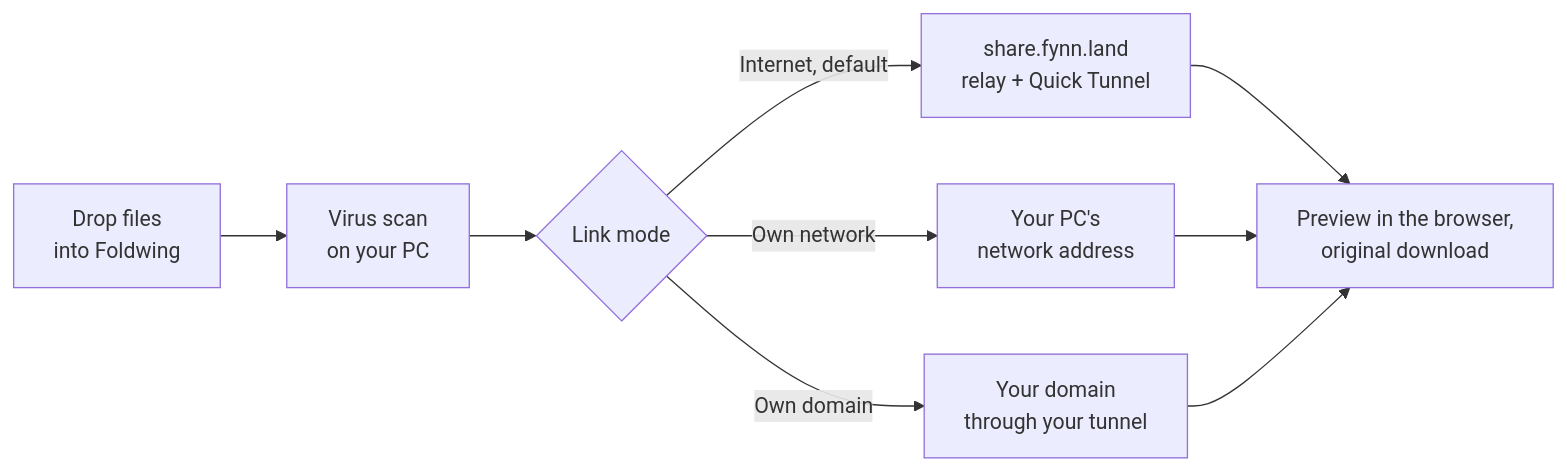
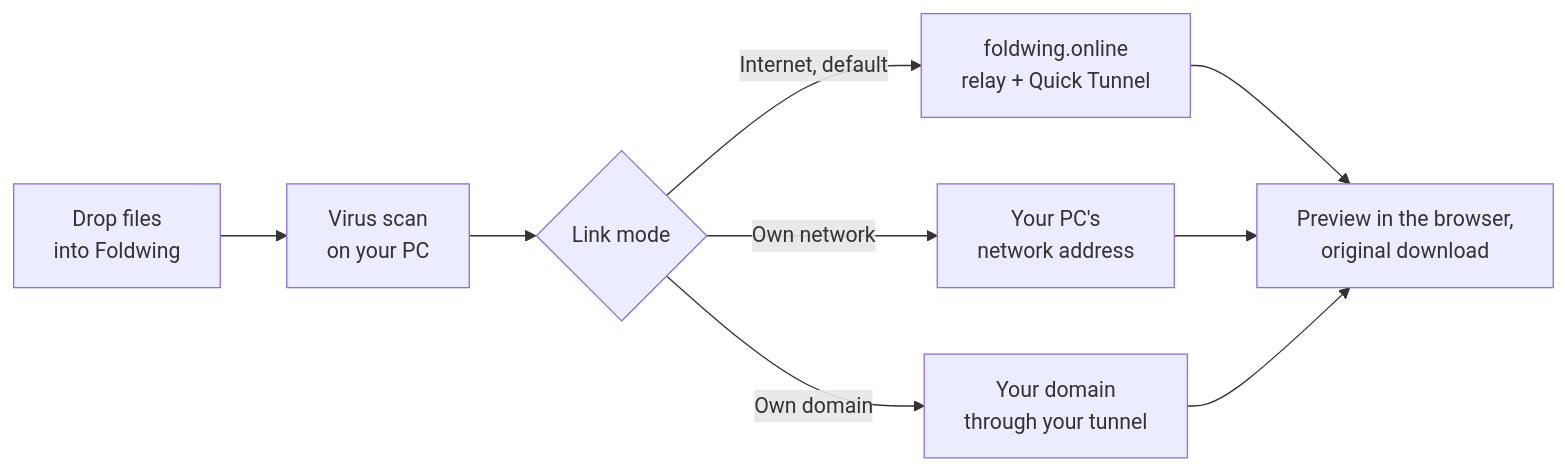
The diagram in README.md (FynnXland/foldwing), drawn with Mermaid before and after one commit. The commit also changed other lines of this file and 36 other files, not shown here.

First line of the commit message:
Foldwing 1.4.1: Relay auf foldwing.online, Moderations-Einstieg Admin

````diff
--- a/README.md
+++ b/README.md
@@ -40,11 +40,11 @@
 ```mermaid
 flowchart LR
     A["Drop files<br/>into Foldwing"] --> B["Virus scan<br/>on your PC"]
     B --> C{"Link mode"}
-    C -->|"Internet, default"| D["share.fynn.land<br/>relay + Quick Tunnel"]
+    C -->|"Internet, default"| D["foldwing.online<br/>relay + Quick Tunnel"]
     C -->|"Own network"| E["Your PC's<br/>network address"]
     C -->|"Own domain"| G["Your domain<br/>through your tunnel"]
     D --> F["Preview in the browser,<br/>original download"]
     E --> F
     G --> F
 ```
````
